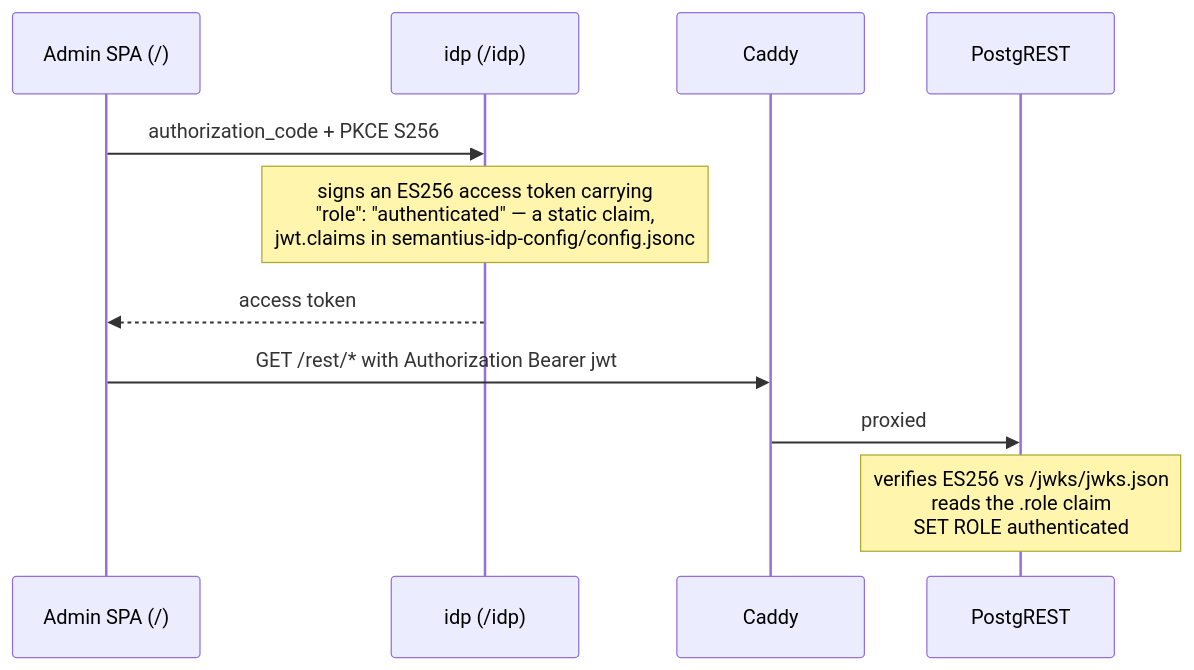
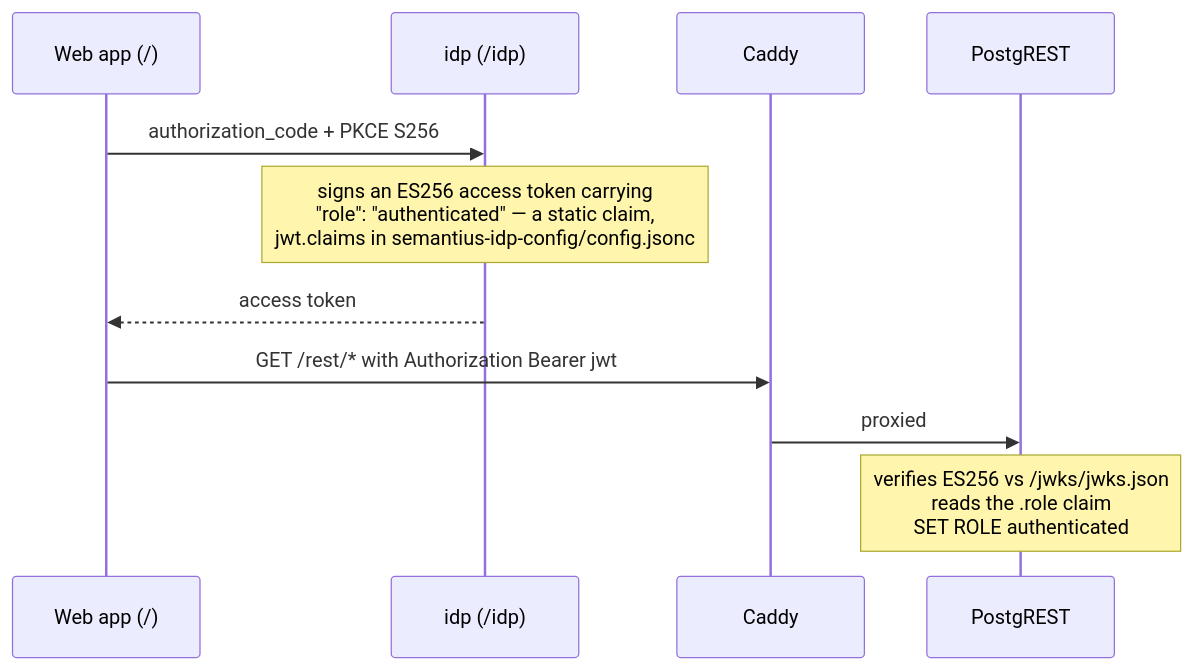
The second of 2 diagrams in README.md (semantius/semantius-self-hosted), drawn with Mermaid before and after one commit. The commit also changed other lines of this file and 34 other files, not shown here.

````diff
--- a/README.md
+++ b/README.md
@@ -400,14 +400,14 @@
 ```mermaid
 sequenceDiagram
-    participant SPA as Admin SPA (/)
+    participant SPA as Web app (/)
     participant IDP as idp (/idp)
     participant Caddy
     participant PGRST as PostgREST
 
     SPA->>IDP: authorization_code + PKCE S256
     Note over IDP: signs an ES256 access token carrying<br/>"role": "authenticated" — a static claim,<br/>jwt.claims in semantius-idp-config/config.jsonc
     IDP-->>SPA: access token
     SPA->>Caddy: GET /rest/* with Authorization Bearer jwt
     Caddy->>PGRST: proxied
     Note over PGRST: verifies ES256 vs /jwks/jwks.json<br/>reads the .role claim<br/>SET ROLE authenticated
 ```
````
